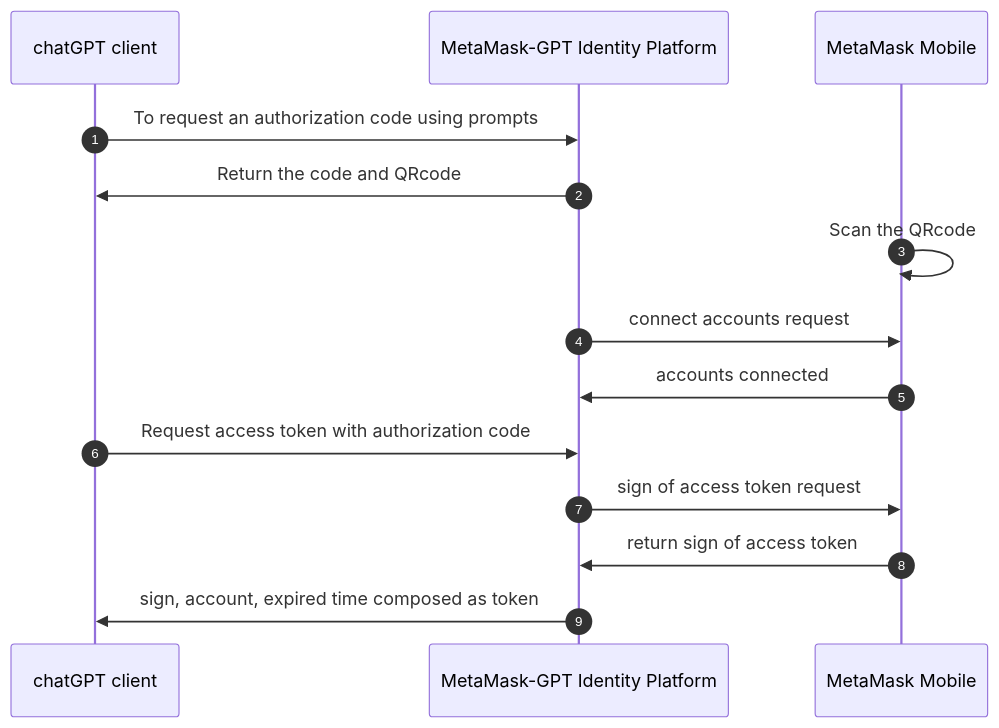
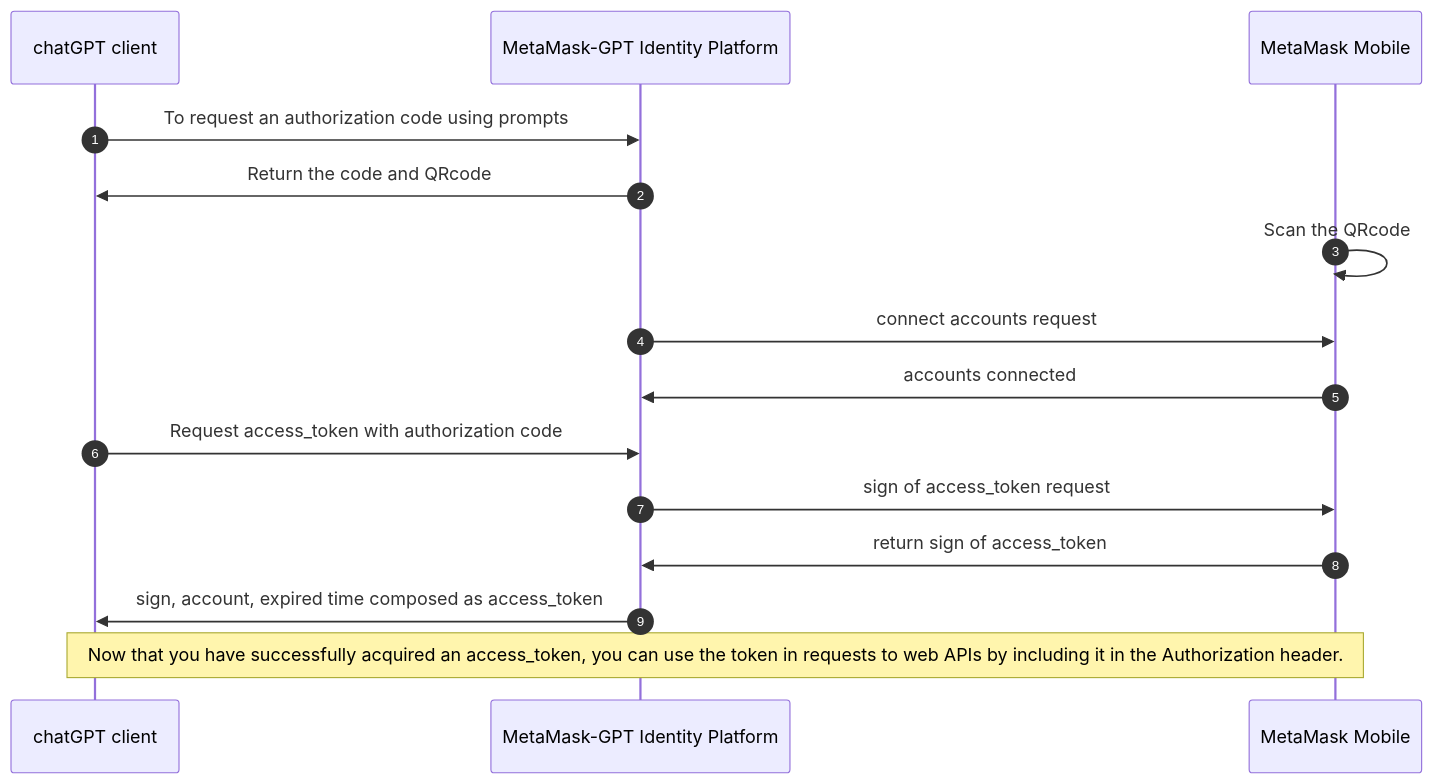
Before and after one commit to TheBestOrNothing/thebestornothing.github.io: the diagram in website/docs/metamaskGPT/connect.mdx, drawn with Mermaid. The commit also changed other lines of this file, not shown here.

````diff
--- a/website/docs/metamaskGPT/connect.mdx
+++ b/website/docs/metamaskGPT/connect.mdx
@@ -29,19 +29,20 @@
 ```mermaid
 
 sequenceDiagram
     autonumber
     participant chatGPTClient as chatGPT client
     participant MetaMask-GPTIdentityPlatform as MetaMask-GPT Identity Platform
     participant MetaMaskMobile as MetaMask Mobile
 
     chatGPTClient->>MetaMask-GPTIdentityPlatform: To request an authorization code using prompts
     MetaMask-GPTIdentityPlatform->>chatGPTClient: Return the code and QRcode
     MetaMaskMobile->>MetaMaskMobile: Scan the QRcode 
     MetaMask-GPTIdentityPlatform->>MetaMaskMobile: connect accounts request
     MetaMaskMobile->>MetaMask-GPTIdentityPlatform: accounts connected
-    chatGPTClient->>MetaMask-GPTIdentityPlatform: Request access token with authorization code
-    MetaMask-GPTIdentityPlatform->>MetaMaskMobile: sign of access token  request
-    MetaMaskMobile->>MetaMask-GPTIdentityPlatform: return sign of access token 
-    MetaMask-GPTIdentityPlatform->>chatGPTClient: sign, account, expired time composed as token
+    chatGPTClient->>MetaMask-GPTIdentityPlatform: Request access_token with authorization code
+    MetaMask-GPTIdentityPlatform->>MetaMaskMobile: sign of access_token  request
+    MetaMaskMobile->>MetaMask-GPTIdentityPlatform: return sign of access_token 
+    MetaMask-GPTIdentityPlatform->>chatGPTClient: sign, account, expired time composed as access_token
+    note over chatGPTClient, MetaMaskMobile: Now that you have successfully acquired an access_token, you can use the token in requests to web APIs by including it in the Authorization header.
 
 ```
````
